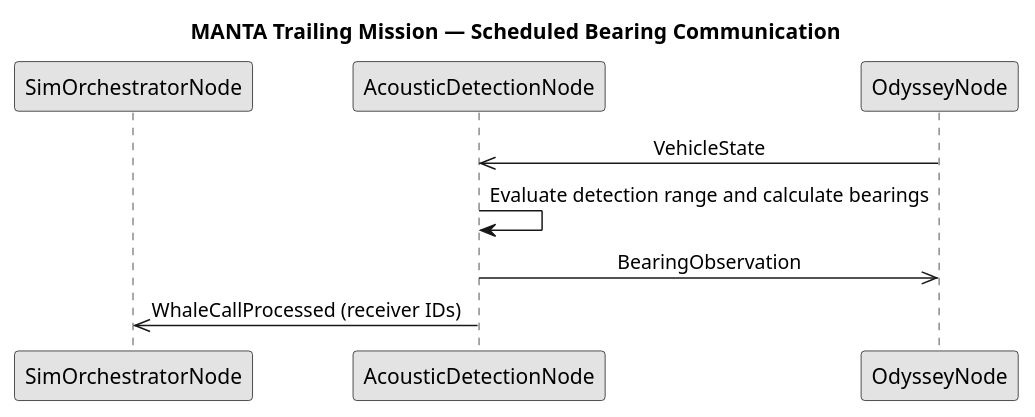
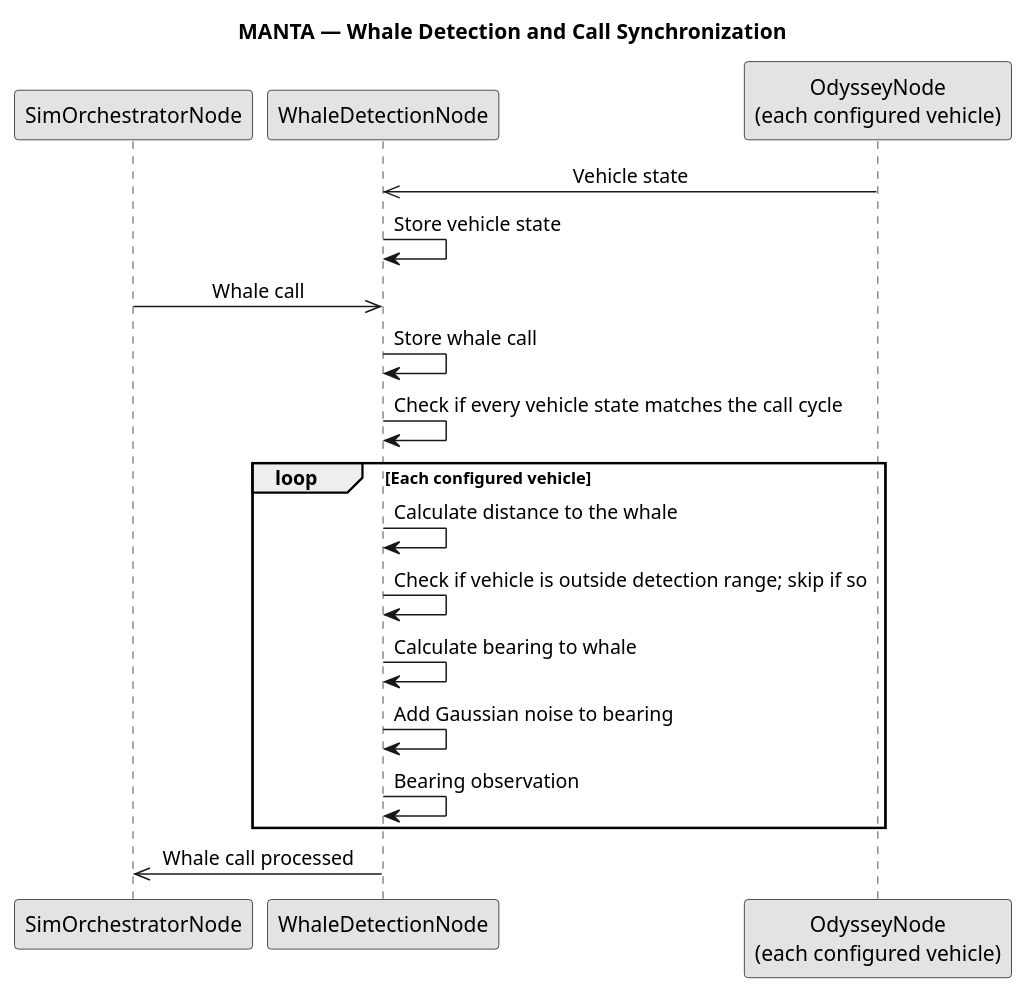
One commit to Tebcherani/MANTA changed the diagram in components/manta_acoustics/docs/whale_detection_sequence.puml. Above: the diagram before and after it, drawn with PlantUML.

```diff
--- a/components/manta_acoustics/docs/whale_detection_sequence.puml
+++ b/components/manta_acoustics/docs/whale_detection_sequence.puml
@@ -1,18 +1,29 @@
 @startuml
-title MANTA Trailing Mission — Scheduled Bearing Communication
+title MANTA — Whale Detection and Call Synchronization
 
 skinparam monochrome true
 skinparam shadowing false
 skinparam sequenceMessageAlign center
 skinparam responseMessageBelowArrow true
 
 participant "SimOrchestratorNode" as Orchestrator
-participant "AcousticDetectionNode" as Detection
-participant "OdysseyNode" as AUV1
+participant "WhaleDetectionNode" as Detection
+participant "OdysseyNode\n(each configured vehicle)" as Vehicle
 
-AUV1 ->> Detection : VehicleState
-Detection -> Detection : Evaluate detection range and calculate bearings
-Detection ->> AUV1 : BearingObservation
-Detection ->> Orchestrator : WhaleCallProcessed (receiver IDs)
+Vehicle ->> Detection : Vehicle state
+Detection -> Detection : Store vehicle state
+Orchestrator ->> Detection : Whale call
+Detection -> Detection : Store whale call
+Detection -> Detection : Check if every vehicle state matches the call cycle
+
+loop Each configured vehicle
+    Detection -> Detection : Calculate distance to the whale
+    Detection -> Detection : Check if vehicle is outside detection range; skip if so
+    Detection -> Detection : Calculate bearing to whale
+    Detection -> Detection : Add Gaussian noise to bearing
+    Detection -> Detection : Bearing observation
+end
+
+Detection ->> Orchestrator : Whale call processed
 
 @enduml
```
